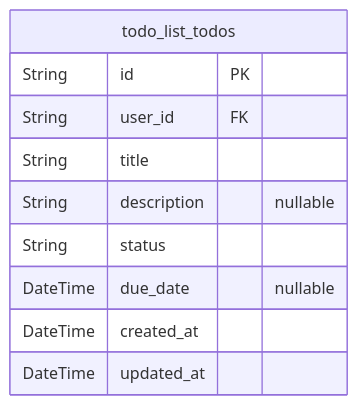
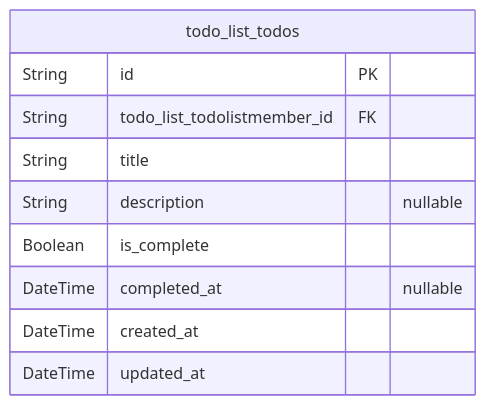
The second of 2 diagrams in openai/gpt-4.1-mini/todo/docs/ERD.md (wrtnlabs/autobe-examples), drawn with Mermaid before and after one commit. The commit also changed other lines of this file and 3372 other files, not shown here.

````diff
--- a/openai/gpt-4.1-mini/todo/docs/ERD.md
+++ b/openai/gpt-4.1-mini/todo/docs/ERD.md
@@ -102,13 +90,13 @@
 ```mermaid
 erDiagram
 "todo_list_todos" {
   String id PK
-  String user_id FK
+  String todo_list_todolistmember_id FK
   String title
   String description "nullable"
-  String status
-  DateTime due_date "nullable"
+  Boolean is_complete
+  DateTime completed_at "nullable"
   DateTime created_at
   DateTime updated_at
 }
 ```
````
